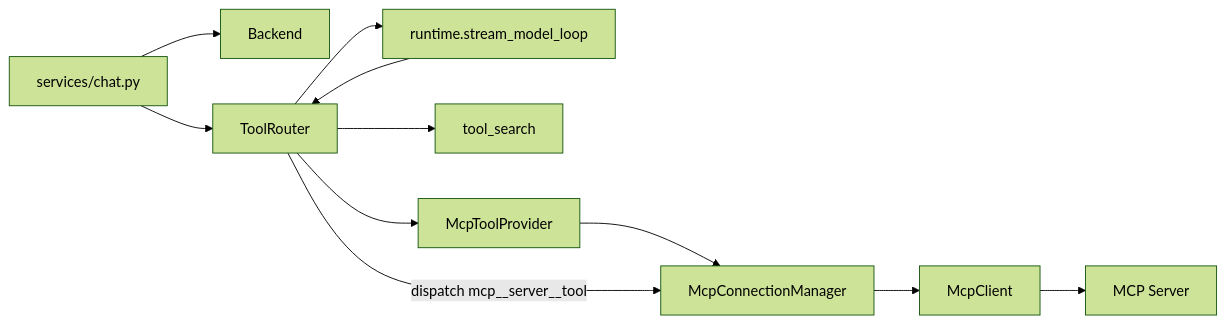
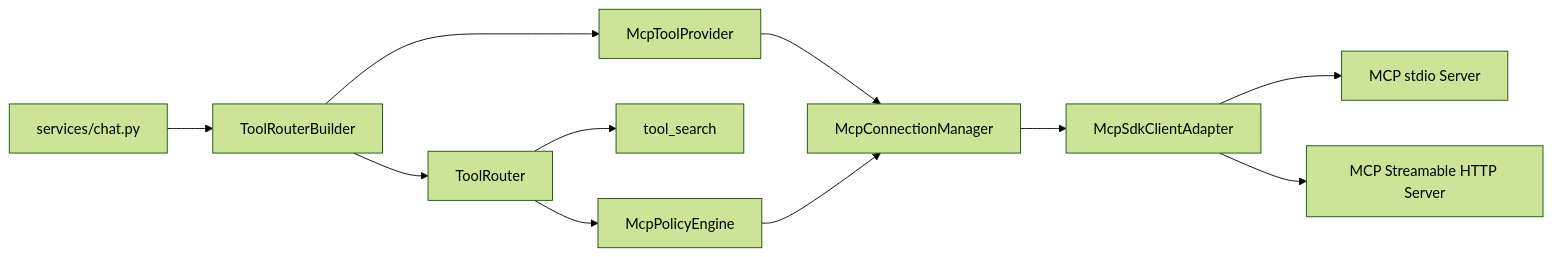
The diagram in Docs/mcp-tool-calling-design.md (majyo/Automata), drawn with Mermaid (forest theme) before and after one commit. The commit also changed other lines of this file and 38 other files, not shown here.

Commit message:
Implement runtime MCP tool integration

````diff
--- a/Docs/mcp-tool-calling-design.md
+++ b/Docs/mcp-tool-calling-design.md
@@ -58,23 +106,24 @@
 ```mermaid
 flowchart LR
     Chat["services/chat.py"]
-    Backend["Backend"]
+    Builder["ToolRouterBuilder"]
     Router["ToolRouter"]
-    Runtime["runtime.stream_model_loop"]
     Search["tool_search"]
     Provider["McpToolProvider"]
     Manager["McpConnectionManager"]
-    Client["McpClient"]
-    Server["MCP Server"]
+    Policy["McpPolicyEngine"]
+    Adapter["McpSdkClientAdapter"]
+    Stdio["MCP stdio Server"]
+    HTTP["MCP Streamable HTTP Server"]
 
-    Chat --> Backend
-    Chat --> Router
-    Router --> Runtime
-    Runtime --> Router
+    Chat --> Builder
+    Builder --> Provider
+    Provider --> Manager
+    Builder --> Router
     Router --> Search
-    Router --> Provider
-    Provider --> Manager
-    Manager --> Client
-    Client --> Server
-    Router -->|"dispatch mcp__server__tool"| Manager
+    Router --> Policy
+    Policy --> Manager
+    Manager --> Adapter
+    Adapter --> Stdio
+    Adapter --> HTTP
 ```
````
